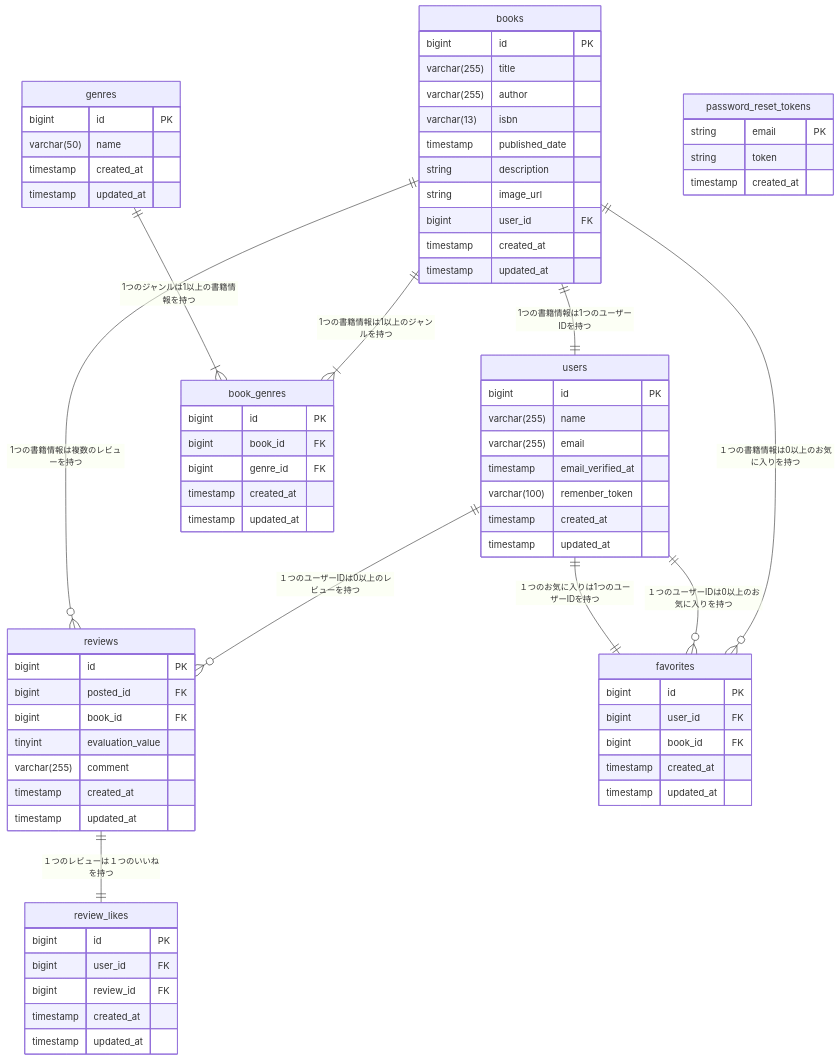
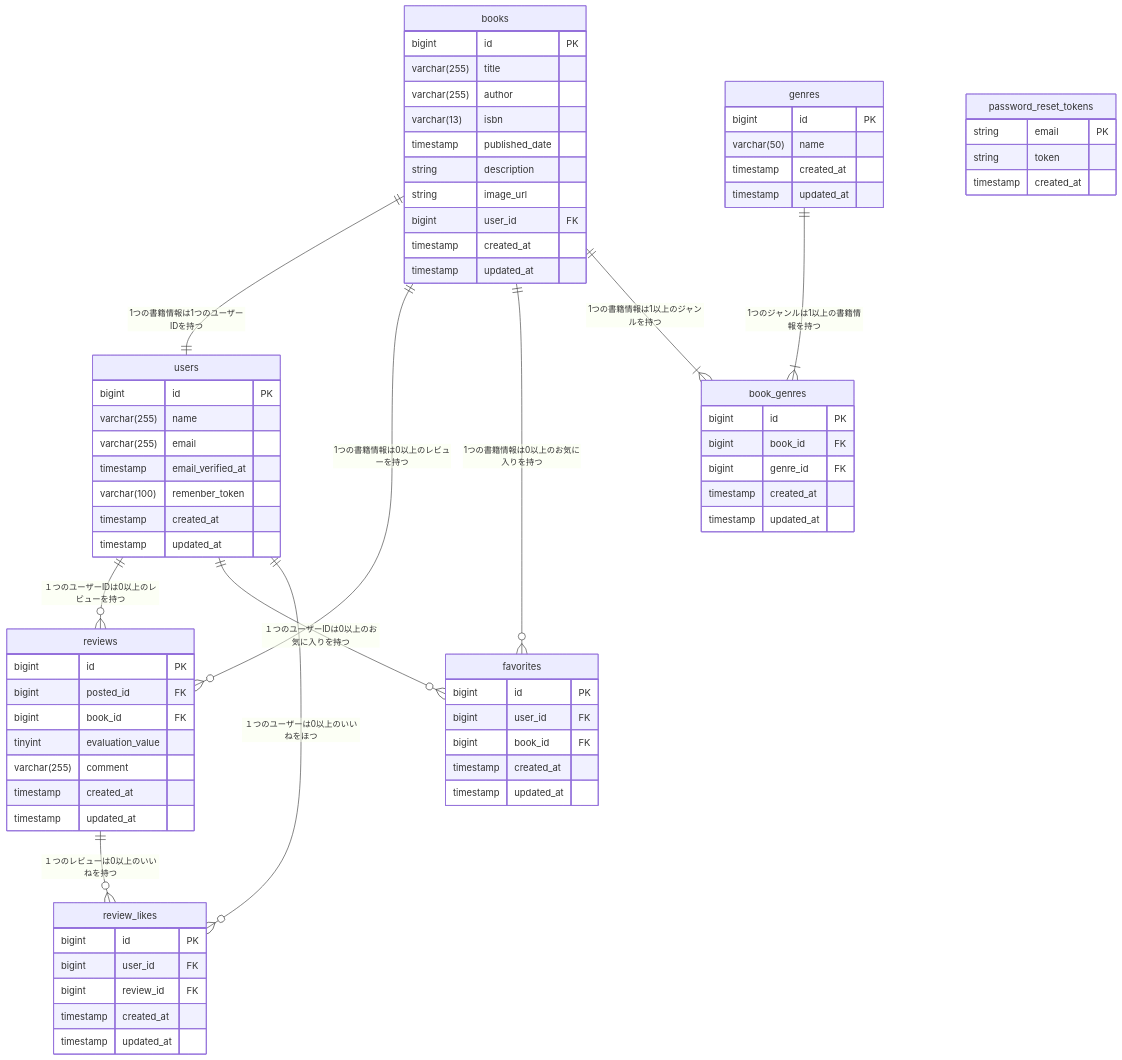
Before and after one commit to fm5889rx/BookShelf-app: the diagram in ER-Diagram.md, drawn with Mermaid. The commit also changed 16 other files, not shown here.

````diff
--- a/ER-Diagram.md
+++ b/ER-Diagram.md
@@ -1,83 +1,83 @@
 ```mermaid
 erDiagram
   books ||--|| users : "1つの書籍情報は1つのユーザーIDを持つ"
+  books ||--o{ reviews : "1つの書籍情報は0以上のレビューを持つ"
+  books ||--o{ favorites : "1つの書籍情報は0以上のお気に入りを持つ"
   books ||--|{ book_genres : "1つの書籍情報は1以上のジャンルを持つ"
   genres ||--|{ book_genres : "1つのジャンルは1以上の書籍情報を持つ"
   users ||--o{ reviews : "１つのユーザーIDは0以上のレビューを持つ"
-  books ||--o{ favorites : "１つの書籍情報は0以上のお気に入りを持つ"
   users ||--o{ favorites : "１つのユーザーIDは0以上のお気に入りを持つ"
-  favorites ||--|| users : "１つのお気に入りは1つのユーザーIDを持つ"
-  reviews ||--|| review_likes : "１つのレビューは１つのいいねを持つ"
-  books ||--o{ reviews : "1つの書籍情報は複数のレビューを持つ"
-
+  users ||--o{ review_likes : "１つのユーザーは0以上のいいねをほつ"
+  reviews ||--o{ review_likes : "１つのレビューは0以上のいいねを持つ"
+  
   users {
     bigint          id                  PK
     varchar(255)    name
     varchar(255)    email
     timestamp       email_verified_at
     varchar(100)    remenber_token
     timestamp       created_at
     timestamp       updated_at
   }
 
   books {
     bigint          id                  PK
     varchar(255)    title
     varchar(255)    author
     varchar(13)     isbn
     timestamp       published_date
     string          description
     string          image_url
     bigint          user_id             FK
     timestamp       created_at
     timestamp       updated_at
   }
 
   genres {
     bigint          id                  PK
     varchar(50)     name
     timestamp       created_at
     timestamp       updated_at
   }
 
   reviews {
     bigint          id                  PK
     bigint          posted_id           FK
     bigint          book_id             FK
     tinyint         evaluation_value
     varchar(255)    comment
     timestamp       created_at
     timestamp       updated_at
   }
 
   book_genres {
     bigint          id                  PK
     bigint          book_id             FK
     bigint          genre_id            FK
     timestamp       created_at
     timestamp       updated_at
   }
 
   favorites {
     bigint          id                  PK
     bigint          user_id             FK
     bigint          book_id             FK
     timestamp       created_at
     timestamp       updated_at
   }
 
   review_likes {
     bigint          id                  PK
     bigint          user_id             FK
     bigint          review_id           FK
     timestamp       created_at
     timestamp       updated_at
   }
 
   password_reset_tokens {
     string          email               PK
     string          token
     timestamp       created_at
   }
 
 ```
````
